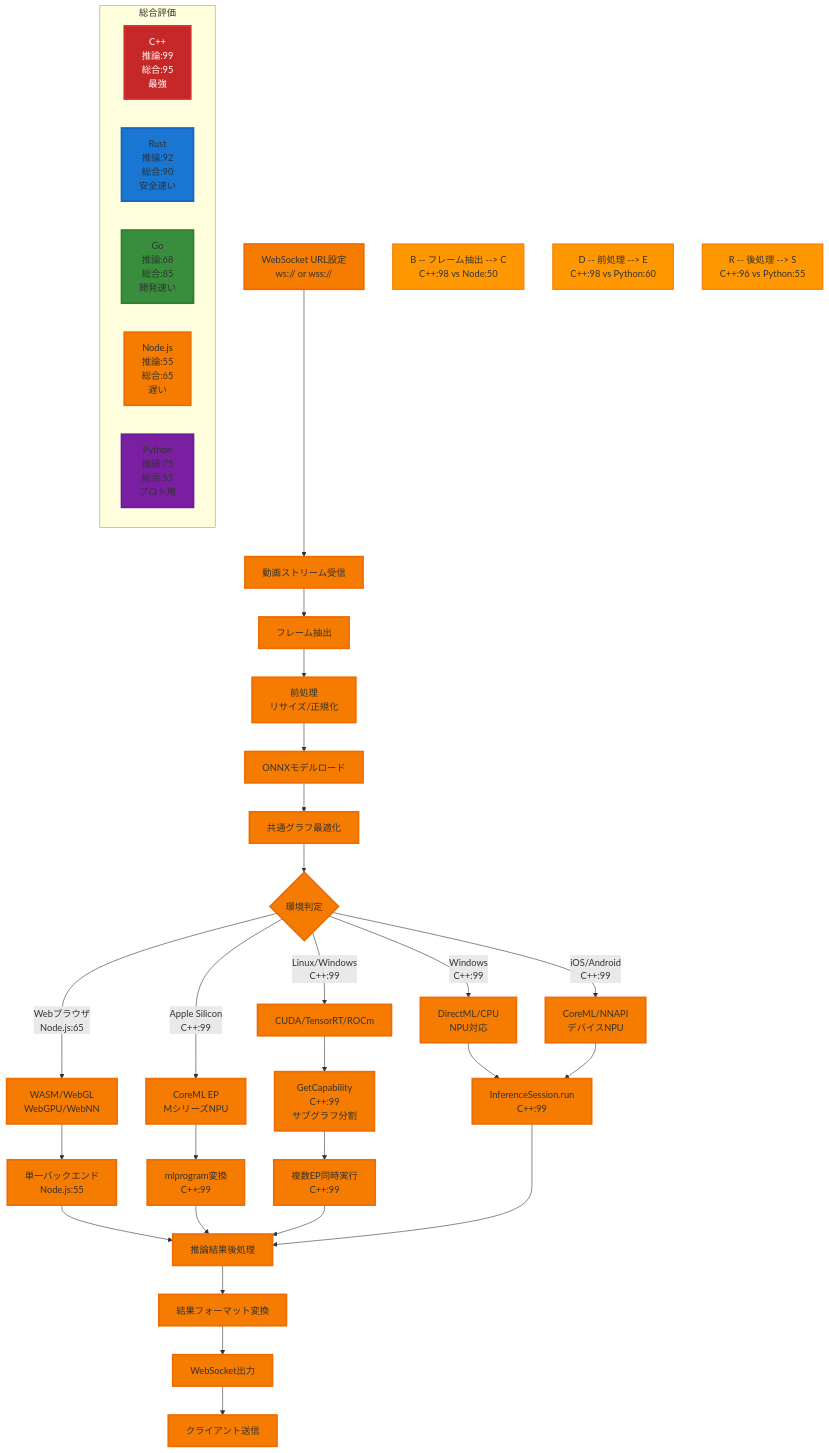
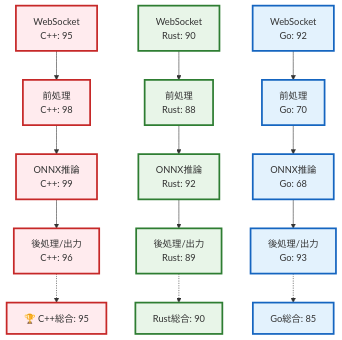
One commit to kodai-n11qbb/ws2infer changed the diagram in mmds/onnx-websocket-lang-speed.mmd. Above: the diagram before and after it, drawn with Mermaid.

Commit message:
update: mmds

```diff
--- a/mmds/onnx-websocket-lang-speed.mmd
+++ b/mmds/onnx-websocket-lang-speed.mmd
@@ -1,61 +1,34 @@
 graph TD
-    %% 全体フロー
-    A[WebSocket URL設定<br/>ws:// or wss://] --> B[動画ストリーム受信]
-    B --> C[フレーム抽出]
-    C --> D[前処理<br/>リサイズ/正規化]
-    D --> E[ONNXモデルロード]
-    E --> F[共通グラフ最適化]
-    F --> G{環境判定}
+    %% WebSocket接続 (数人接続想定)
+    WS_CPP[WebSocket<br/>C++: 95] --> PRE_CPP[前処理<br/>C++: 98]
+    WS_RUST[WebSocket<br/>Rust: 90] --> PRE_RUST[前処理<br/>Rust: 88] 
+    WS_GO[WebSocket<br/>Go: 92] --> PRE_GO[前処理<br/>Go: 70]
     
-    %% 推論バックエンド
-    G -->|Webブラウザ<br/>Node.js:65| H[WASM/WebGL<br/>WebGPU/WebNN]
-    G -->|Apple Silicon<br/>C++:99| J[CoreML EP<br/>MシリーズNPU]
-    G -->|Windows<br/>C++:99| K[DirectML/CPU<br/>NPU対応]
-    G -->|Linux/Windows<br/>C++:99| L[CUDA/TensorRT/ROCm]
-    G -->|iOS/Android<br/>C++:99| M[CoreML/NNAPI<br/>デバイスNPU]
+    %% 前処理→ONNX推論
+    PRE_CPP --> ONNX_CPP[ONNX推論<br/>C++: 99]
+    PRE_RUST --> ONNX_RUST[ONNX推論<br/>Rust: 92]
+    PRE_GO --> ONNX_GO[ONNX推論<br/>Go: 68]
     
-    %% 実行パス
-    H --> I[単一バックエンド<br/>Node.js:55]
-    J --> N[mlprogram変換<br/>C++:99]
-    L --> O[GetCapability<br/>C++:99<br/>サブグラフ分割]
-    O --> P[複数EP同時実行<br/>C++:99]
-    K --> Q[InferenceSession.run<br/>C++:99]
-    M --> Q
+    %% 推論→出力
+    ONNX_CPP --> POST_CPP[後処理/出力<br/>C++: 96]
+    ONNX_RUST --> POST_RUST[後処理/出力<br/>Rust: 89]
+    ONNX_GO --> POST_GO[後処理/出力<br/>Go: 93]
     
-    %% 出力
-    I --> R[推論結果後処理]
-    N --> R
-    P --> R
-    Q --> R
-    R --> S[結果フォーマット変換]
-    S --> T[WebSocket出力]
-    T --> U[クライアント送信]
-
-    %% 言語別評価（辛口版）
-    subgraph 総合評価
-        V1[C++<br/>推論:99<br/>総合:95<br/>最強]
-        V2[Rust<br/>推論:92<br/>総合:90<br/>安全速い]
-        V3[Go<br/>推論:68<br/>総合:85<br/>開発速い]
-        V4[Node.js<br/>推論:55<br/>総合:65<br/>遅い]
-        V5[Python<br/>推論:75<br/>総合:55<br/>プロト用]
-    end
+    %% 総合スコア表示
+    TOTAL_CPP[🏆 C++総合: 95] 
+    TOTAL_RUST[Rust総合: 90]
+    TOTAL_GO[Go総合: 85]
     
-    %% ボトルネック警告
-    W1[B -- フレーム抽出 --> C<br/>C++:98 vs Node:50]
-    W2[D -- 前処理 --> E<br/>C++:98 vs Python:60] 
-    W3[R -- 後処理 --> S<br/>C++:96 vs Python:55]
-
-    %% スタイル
-    classDef cpp fill:#c62828,stroke:#d32f2f,stroke-width:3px,color:#fff
-    classDef rust fill:#1976d2,stroke:#1565c0,stroke-width:3px
-    classDef go fill:#388e3c,stroke:#2e7d32,stroke-width:3px
-    classDef node fill:#f57c00,stroke:#ef6c00,stroke-width:3px
-    classDef py fill:#7b1fa2,stroke:#6a1b9a,stroke-width:3px
-    classDef warning fill:#ff9800,stroke:#f57c00,stroke-width:2px
+    POST_CPP -.-> TOTAL_CPP
+    POST_RUST -.-> TOTAL_RUST
+    POST_GO -.-> TOTAL_GO
     
-    class V1 cpp
-    class V2 rust
-    class V3 go
-    class V4 node
-    class V5 py
-    class W1,W2,W3 warning
+    %% スタイル (上位3言語のみ)
+    classDef cpp fill:#ffebee,stroke:#c62828,stroke-width:3px
+    classDef rust fill:#e8f5e8,stroke:#2e7d32,stroke-width:3px  
+    classDef go fill:#e3f2fd,stroke:#1565c0,stroke-width:3px
+    classDef total fill:#fff3e0,stroke:#ef6c00,stroke-width:4px
+    
+    class WS_CPP,PRE_CPP,ONNX_CPP,POST_CPP,TOTAL_CPP cpp
+    class WS_RUST,PRE_RUST,ONNX_RUST,POST_RUST,TOTAL_RUST rust
+    class WS_GO,PRE_GO,ONNX_GO,POST_GO,TOTAL_GO go
```
